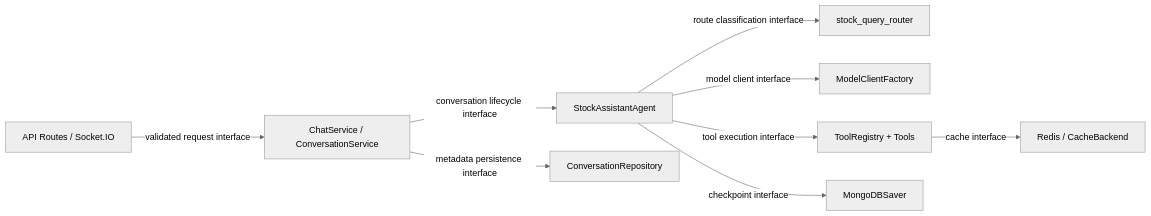
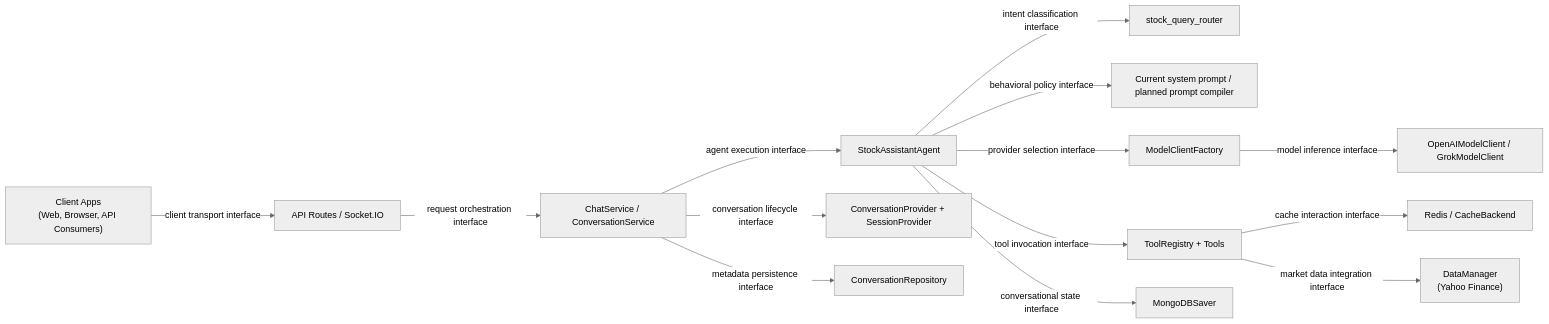
Before and after one commit to d-dragon/dp-stock-investment-assistant: the first of 9 diagrams in docs/domains/agent/TECHNICAL_DESIGN.md, drawn with Mermaid (neutral theme). The commit also changed other lines of this file and 1 other file, not shown here.

First line of the commit message:
docs(agent): refine/align interface vocabulary and description across architecture docs

````diff
--- a/docs/domains/agent/TECHNICAL_DESIGN.md
+++ b/docs/domains/agent/TECHNICAL_DESIGN.md
@@ -153,11 +153,16 @@
 ```mermaid
 flowchart LR
-	Entry["API Routes / Socket.IO"] -->|"validated request interface"| Orchestration["ChatService / ConversationService"]
-	Orchestration -->|"conversation lifecycle interface"| Agent["StockAssistantAgent"]
-	Agent -->|"route classification interface"| Router["stock_query_router"]
-	Agent -->|"model client interface"| Factory["ModelClientFactory"]
-	Agent -->|"tool execution interface"| Tools["ToolRegistry + Tools"]
-	Agent -->|"checkpoint interface"| Checkpoint["MongoDBSaver"]
+	Client["Client Apps\n(Web, Browser, API Consumers)"] -->|"client transport interface"| Entry["API Routes / Socket.IO"]
+	Entry -->|"request orchestration interface"| Orchestration["ChatService / ConversationService"]
+	Orchestration -->|"agent execution interface"| Agent["StockAssistantAgent"]
+	Orchestration -->|"conversation lifecycle interface"| StateSvc["ConversationProvider + SessionProvider"]
 	Orchestration -->|"metadata persistence interface"| Repo["ConversationRepository"]
-	Tools -->|"cache interface"| Cache["Redis / CacheBackend"]
+	Agent -->|"intent classification interface"| Router["stock_query_router"]
+	Agent -->|"behavioral policy interface"| Prompt["Current system prompt / planned prompt compiler"]
+	Agent -->|"provider selection interface"| Factory["ModelClientFactory"]
+	Agent -->|"tool invocation interface"| Tools["ToolRegistry + Tools"]
+	Agent -->|"conversational state interface"| Checkpoint["MongoDBSaver"]
+	Tools -->|"cache interaction interface"| Cache["Redis / CacheBackend"]
+	Tools -->|"market data integration interface"| MarketData["DataManager\n(Yahoo Finance)"]
+	Factory -->|"model inference interface"| Providers["OpenAIModelClient / GrokModelClient"]
 ```
````
